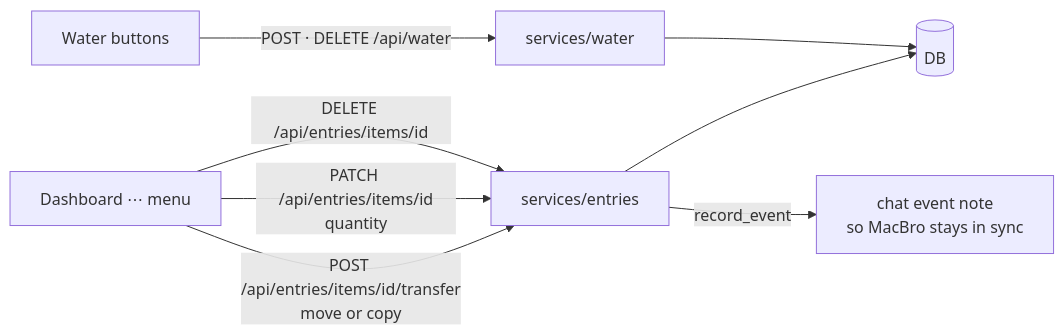
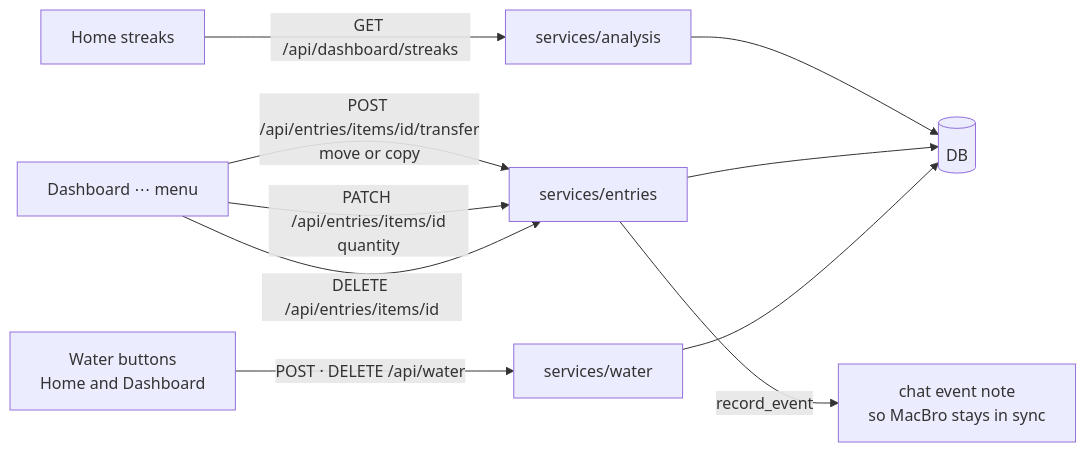
The fourth of 6 diagrams in docs/hld.md (NeoAnushka21/tracker_poc), drawn with Mermaid before and after one commit. The commit also changed other lines of this file and 18 other files, not shown here.

First line of the commit message:
Home tab with greeting, today's summary and streaks; chat without summary bar

````diff
--- a/docs/hld.md
+++ b/docs/hld.md
@@ -102,10 +102,12 @@
 ```mermaid
 flowchart LR
     D[Dashboard ⋯ menu] -->|POST /api/entries/items/id/transfer<br/>move or copy| E[services/entries]
     D -->|PATCH /api/entries/items/id<br/>quantity| E
     D -->|DELETE /api/entries/items/id| E
-    W[Water buttons] -->|POST · DELETE /api/water| WS[services/water]
+    W[Water buttons<br/>Home and Dashboard] -->|POST · DELETE /api/water| WS[services/water]
+    H[Home streaks] -->|GET /api/dashboard/streaks| AN[services/analysis]
+    AN --> DB
     E --> DB[(DB)]
     WS --> DB
     E -->|record_event| CM[chat event note<br/>so MacBro stays in sync]
 ```
````
